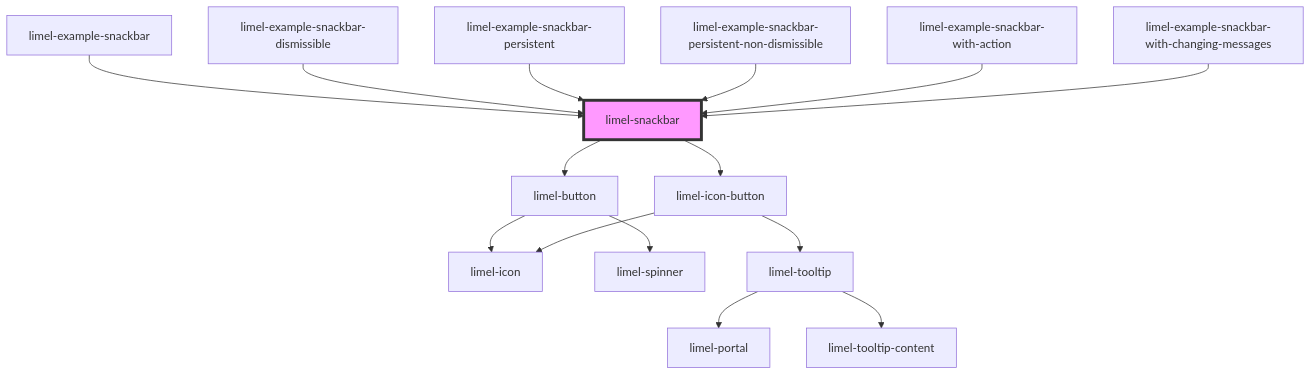
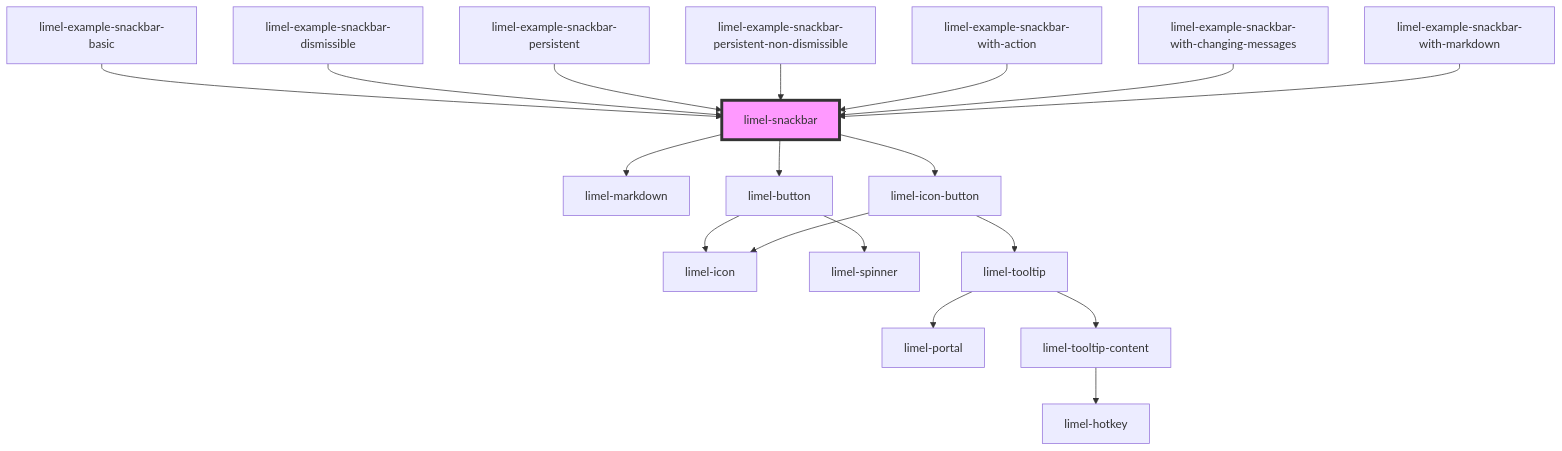
Before and after one commit to Lundalogik/lime-elements: the diagram in versions/PR-3778/markdown-docs/components/snackbar/readme.md, drawn with Mermaid. The commit also changed other lines of this file and 773 other files, not shown here.

````diff
--- a/versions/PR-3778/markdown-docs/components/snackbar/readme.md
+++ b/versions/PR-3778/markdown-docs/components/snackbar/readme.md
@@ -79,18 +81,21 @@
 ```mermaid
 graph TD;
+  limel-snackbar --> limel-markdown
   limel-snackbar --> limel-button
   limel-snackbar --> limel-icon-button
   limel-button --> limel-icon
   limel-button --> limel-spinner
   limel-icon-button --> limel-icon
   limel-icon-button --> limel-tooltip
   limel-tooltip --> limel-portal
   limel-tooltip --> limel-tooltip-content
-  limel-example-snackbar --> limel-snackbar
+  limel-tooltip-content --> limel-hotkey
+  limel-example-snackbar-basic --> limel-snackbar
   limel-example-snackbar-dismissible --> limel-snackbar
   limel-example-snackbar-persistent --> limel-snackbar
   limel-example-snackbar-persistent-non-dismissible --> limel-snackbar
   limel-example-snackbar-with-action --> limel-snackbar
   limel-example-snackbar-with-changing-messages --> limel-snackbar
+  limel-example-snackbar-with-markdown --> limel-snackbar
   style limel-snackbar fill:#f9f,stroke:#333,stroke-width:4px
 ```
````
